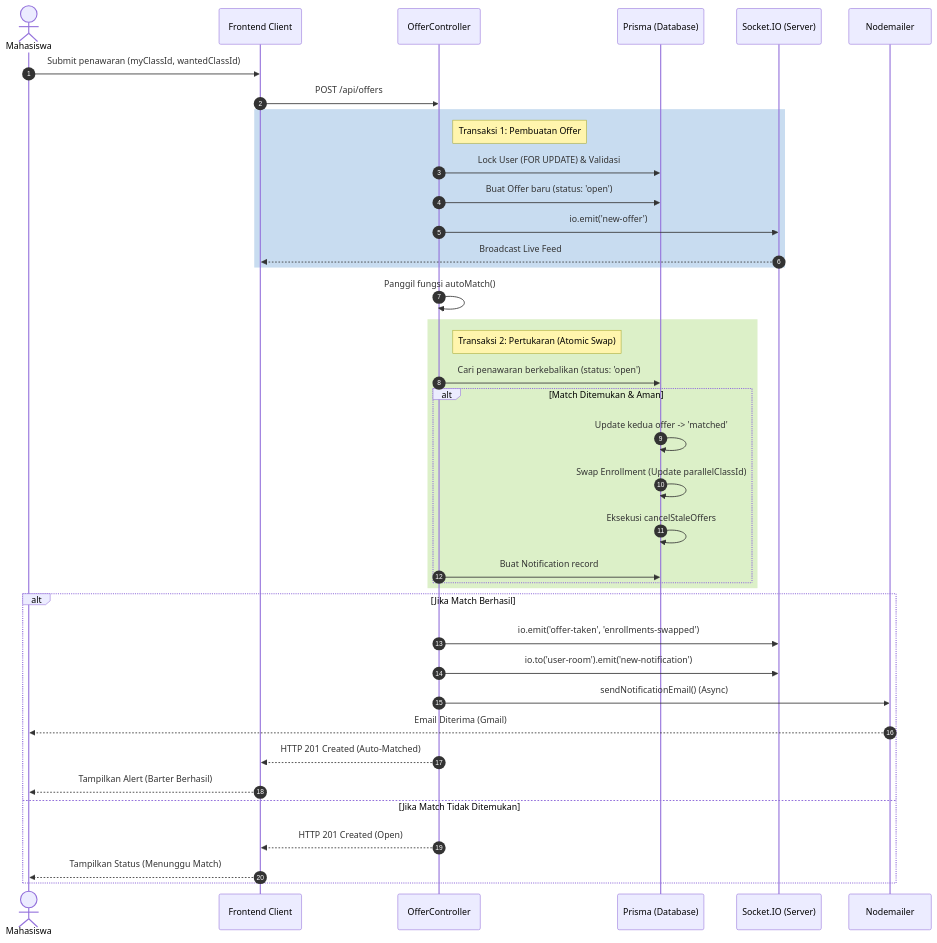
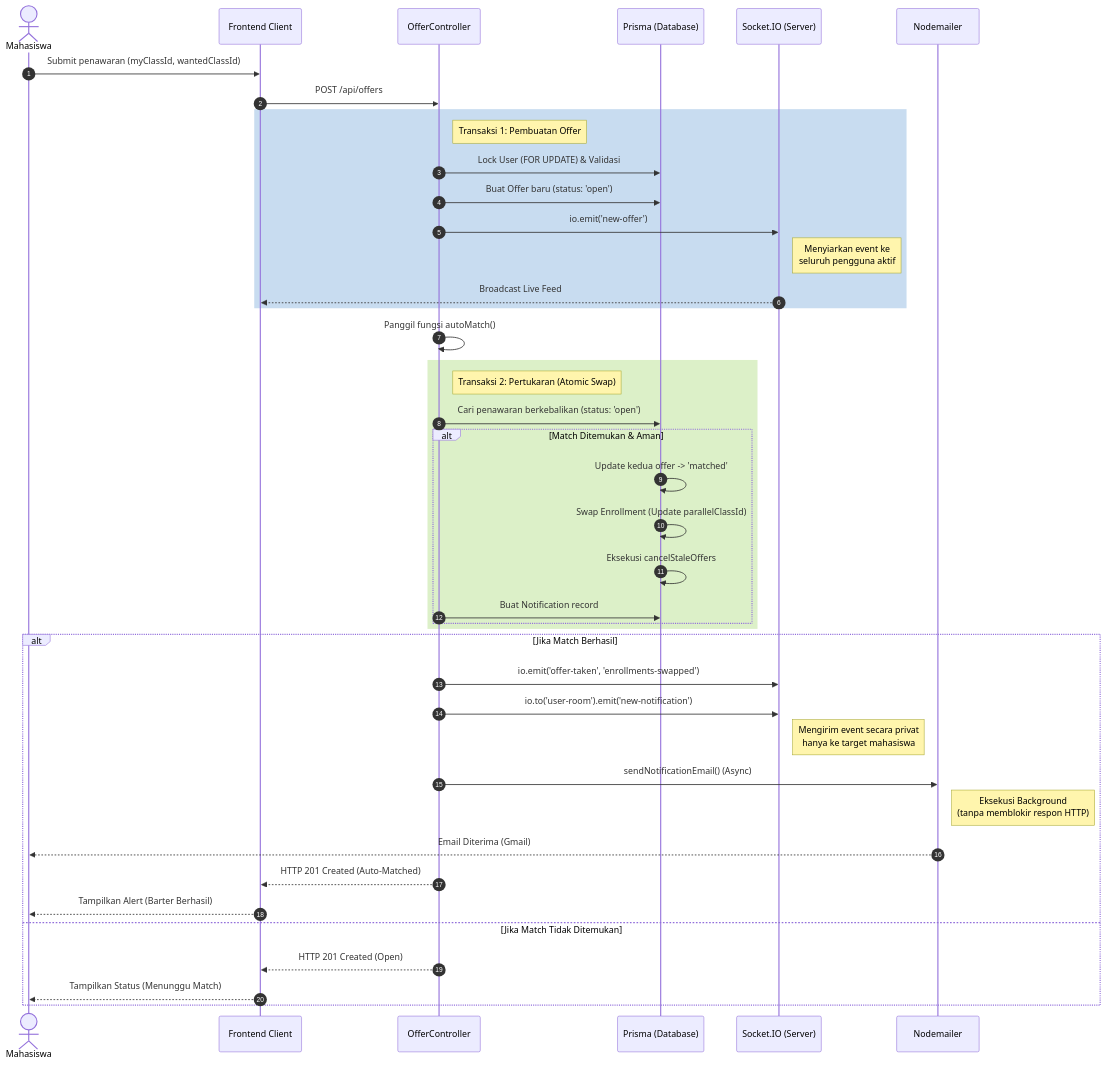
One commit to gimigkk/KRSwitch-backend changed the fourth of 4 diagrams in laporan_akhir_bab_3_barter.md. Above: the diagram before and after it, drawn with Mermaid. The commit also changed other lines of this file, not shown here.

````diff
--- a/laporan_akhir_bab_3_barter.md
+++ b/laporan_akhir_bab_3_barter.md
@@ -165,46 +178,49 @@
 ```mermaid
 sequenceDiagram
     autonumber
     actor M as Mahasiswa
     participant F as Frontend Client
     participant C as OfferController
     participant DB as Prisma (Database)
     participant WS as Socket.IO (Server)
     participant Mail as Nodemailer
 
     M->>F: Submit penawaran (myClassId, wantedClassId)
     F->>C: POST /api/offers
     
     rect rgb(200, 220, 240)
         Note right of C: Transaksi 1: Pembuatan Offer
         C->>DB: Lock User (FOR UPDATE) & Validasi
         C->>DB: Buat Offer baru (status: 'open')
         C->>WS: io.emit('new-offer')
+        Note right of WS: Menyiarkan event ke<br/>seluruh pengguna aktif
         WS-->>F: Broadcast Live Feed
     end
     
     C->>C: Panggil fungsi autoMatch()
     
     rect rgb(220, 240, 200)
         Note right of C: Transaksi 2: Pertukaran (Atomic Swap)
         C->>DB: Cari penawaran berkebalikan (status: 'open')
         alt Match Ditemukan & Aman
             DB->>DB: Update kedua offer -> 'matched'
             DB->>DB: Swap Enrollment (Update parallelClassId)
             DB->>DB: Eksekusi cancelStaleOffers
             C->>DB: Buat Notification record
         end
     end
     
     alt Jika Match Berhasil
         C->>WS: io.emit('offer-taken', 'enrollments-swapped')
         C->>WS: io.to('user-room').emit('new-notification')
+        Note right of WS: Mengirim event secara privat<br/>hanya ke target mahasiswa
         C->>Mail: sendNotificationEmail() (Async)
+        Note right of Mail: Eksekusi Background<br/>(tanpa memblokir respon HTTP)
         Mail-->>M: Email Diterima (Gmail)
         C-->>F: HTTP 201 Created (Auto-Matched)
         F-->>M: Tampilkan Alert (Barter Berhasil)
     else Jika Match Tidak Ditemukan
         C-->>F: HTTP 201 Created (Open)
         F-->>M: Tampilkan Status (Menunggu Match)
     end
 ```
````
